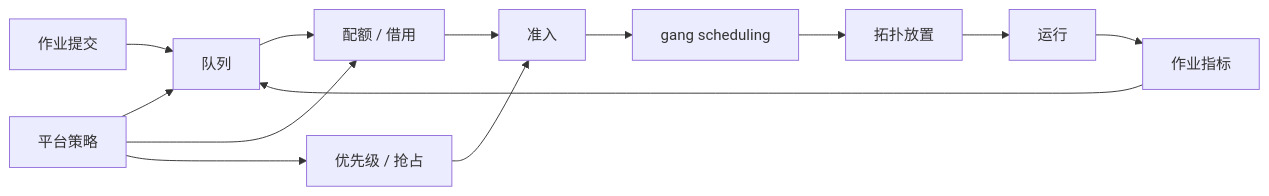
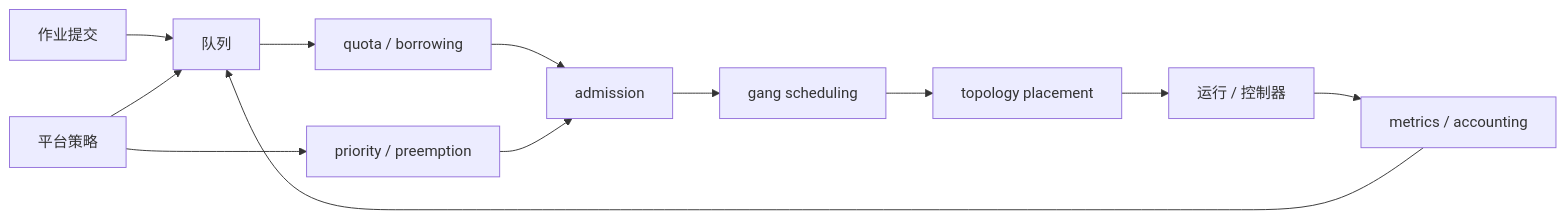
Before and after one commit to ikingye/ai-factory-engineering: the diagram in docs/part-05-orchestration/chapter-23-ai-job-scheduling.md, drawn with Mermaid. The commit also changed other lines of this file and 2 other files, not shown here.

Commit message:
docs: expand orchestration scheduling chapters

````diff
--- a/docs/part-05-orchestration/chapter-23-ai-job-scheduling.md
+++ b/docs/part-05-orchestration/chapter-23-ai-job-scheduling.md
@@ -23,9 +51,14 @@
 ```mermaid
 flowchart LR
-  Submit["作业提交"] --> Queue["队列"] --> Quota["配额 / 借用"] --> Admit["准入"]
-  Admit --> Gang["gang scheduling"] --> Place["拓扑放置"] --> Run["运行"]
-  Run --> Metrics["作业指标"] --> Queue
+  Submit["作业提交"] --> Queue["队列"]
+  Queue --> Quota["quota / borrowing"]
+  Quota --> Admit["admission"]
+  Admit --> Gang["gang scheduling"]
+  Gang --> Place["topology placement"]
+  Place --> Run["运行 / 控制器"]
+  Run --> Metrics["metrics / accounting"]
+  Metrics --> Queue
   Admin["平台策略"] --> Queue
-  Admin --> Quota
-  Admin --> Priority["优先级 / 抢占"] --> Admit
+  Admin --> Priority["priority / preemption"]
+  Priority --> Admit
 ```
````
